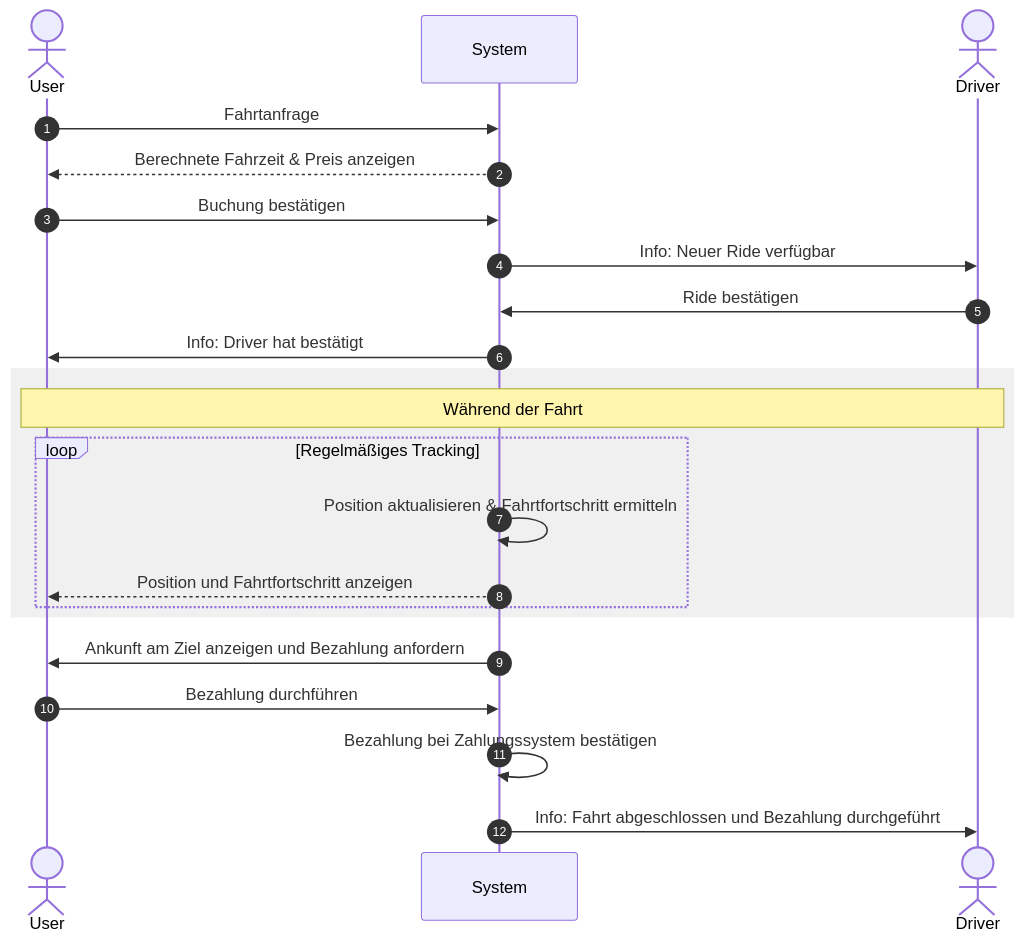
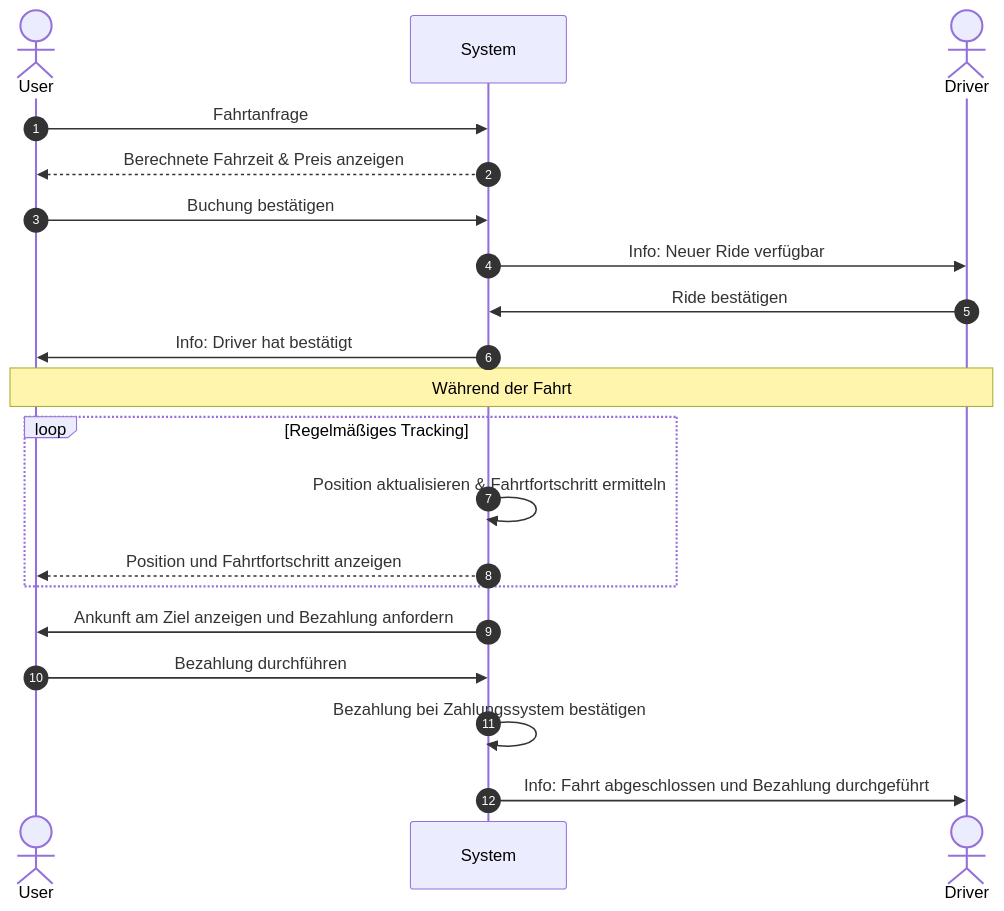
The diagram in README.md (simonh2507/CC-BD_Portfolio), drawn with Mermaid before and after one commit.

Commit message:
fix: remove rectangle for dark mode

````diff
--- a/README.md
+++ b/README.md
@@ -19,31 +19,29 @@
 ```mermaid
 sequenceDiagram
     autonumber
     actor User
     participant System
     actor Driver
 
     %% User Story 1
     User->>System: Fahrtanfrage
     System-->>User: Berechnete Fahrzeit & Preis anzeigen
     User->>System: Buchung bestätigen
 
     %% User Story 2
     System->>Driver: Info: Neuer Ride verfügbar
     Driver->>System: Ride bestätigen
 
     System->>User: Info: Driver hat bestätigt
 
-    rect rgb(240, 240, 240)
     Note over User,Driver: Während der Fahrt
     loop Regelmäßiges Tracking
         System->>System: Position aktualisieren & Fahrtfortschritt ermitteln
         System-->>User: Position und Fahrtfortschritt anzeigen
-    end
     end
 
     System->>User: Ankunft am Ziel anzeigen und Bezahlung anfordern
     User->>System: Bezahlung durchführen
     System->>System: Bezahlung bei Zahlungssystem bestätigen
     System->>Driver: Info: Fahrt abgeschlossen und Bezahlung durchgeführt
 ```
````
